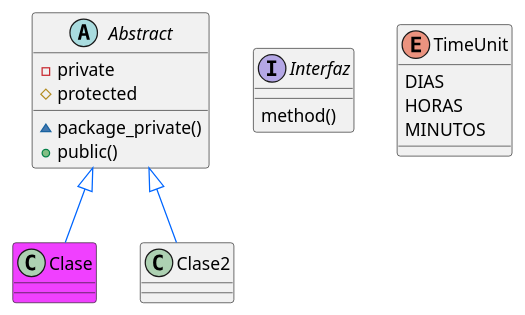
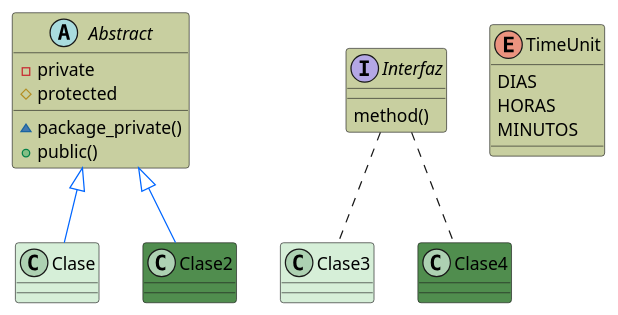
The diagram in uml/diagrama8.puml (Espadv69/uml-begginer), drawn with PlantUML before and after one commit.

Commit message:
Update: color for connections.

```diff
--- a/uml/diagrama8.puml
+++ b/uml/diagrama8.puml
@@ -1,25 +1,31 @@
 @startuml diagrama8
 
-    abstract Abstract {
+    abstract Abstract #C8CFA0 {
         -private
         #protected
         ~package_private()
         +public()
     }
 
-    interface Interfaz {
+    interface Interfaz #C8CFA0 {
         method()
     }
 
-    enum TimeUnit {
+    enum TimeUnit #C8CFA0 {
         DIAS
         HORAS
         MINUTOS
     }
 
-    class Clase #f040ff
+    class Clase #D6EFD8
+    class Clase2 #508D4E
+    class Clase3 #D6EFD8
+    class Clase4 #508D4E
 
     Abstract <|-[#0066ff]- Clase
     Abstract <|-[#0066ff]- Clase2
 
+    Interfaz .. Clase3
+    Interfaz .. Clase4
+
 @enduml
```
